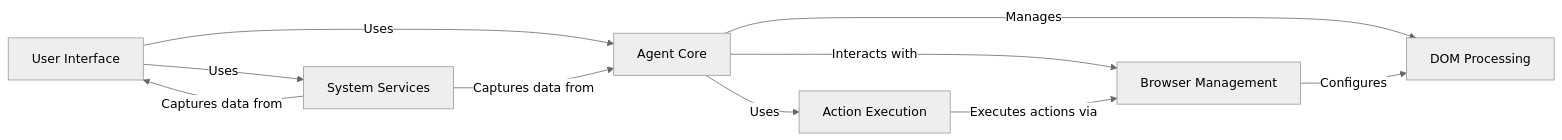
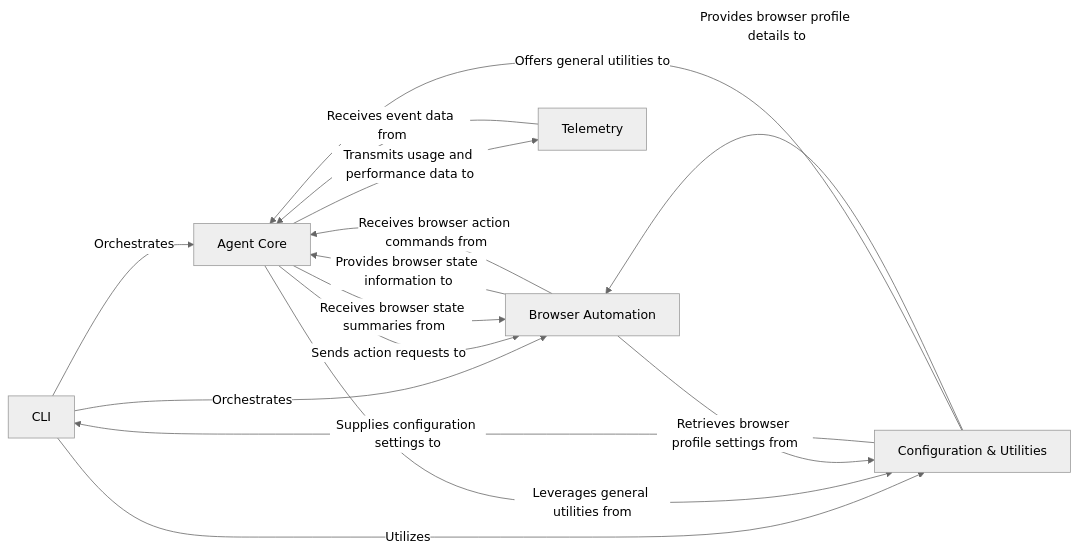
One commit to CodeBoarding/GeneratedOnBoardings changed the diagram in browser-use/on_boarding.md. Above: the diagram before and after it, drawn with Mermaid (neutral theme). The commit also changed other lines of this file and 10 other files, not shown here.

````diff
--- a/browser-use/on_boarding.md
+++ b/browser-use/on_boarding.md
@@ -1,24 +1,26 @@
 ```mermaid
 graph LR
-    User_Interface["User Interface"]
+    CLI["CLI"]
     Agent_Core["Agent Core"]
-    Browser_Management["Browser Management"]
-    DOM_Processing["DOM Processing"]
-    Action_Execution["Action Execution"]
-    System_Services["System Services"]
-    User_Interface -- "Uses" --> Agent_Core
-    User_Interface -- "Uses" --> System_Services
-    Agent_Core -- "Manages" --> DOM_Processing
-    Agent_Core -- "Interacts with" --> Browser_Management
-    Agent_Core -- "Uses" --> Action_Execution
-    Browser_Management -- "Configures" --> DOM_Processing
-    Action_Execution -- "Executes actions via" --> Browser_Management
-    System_Services -- "Captures data from" --> Agent_Core
-    System_Services -- "Captures data from" --> User_Interface
-    click User_Interface href "https://github.com/CodeBoarding/GeneratedOnBoardings/blob/main/browser-use/User Interface.md" "Details"
-    click Agent_Core href "https://github.com/CodeBoarding/GeneratedOnBoardings/blob/main/browser-use/Agent Core.md" "Details"
-    click Browser_Management href "https://github.com/CodeBoarding/GeneratedOnBoardings/blob/main/browser-use/Browser Management.md" "Details"
-    click DOM_Processing href "https://github.com/CodeBoarding/GeneratedOnBoardings/blob/main/browser-use/DOM Processing.md" "Details"
-    click Action_Execution href "https://github.com/CodeBoarding/GeneratedOnBoardings/blob/main/browser-use/Action Execution.md" "Details"
-    click System_Services href "https://github.com/CodeBoarding/GeneratedOnBoardings/blob/main/browser-use/System Services.md" "Details"
+    Browser_Automation["Browser Automation"]
+    Telemetry["Telemetry"]
+    Configuration_Utilities["Configuration & Utilities"]
+    CLI -- "Orchestrates" --> Agent_Core
+    CLI -- "Orchestrates" --> Browser_Automation
+    CLI -- "Utilizes" --> Configuration_Utilities
+    Agent_Core -- "Sends action requests to" --> Browser_Automation
+    Agent_Core -- "Receives browser state summaries from" --> Browser_Automation
+    Agent_Core -- "Transmits usage and performance data to" --> Telemetry
+    Agent_Core -- "Leverages general utilities from" --> Configuration_Utilities
+    Browser_Automation -- "Provides browser state information to" --> Agent_Core
+    Browser_Automation -- "Receives browser action commands from" --> Agent_Core
+    Browser_Automation -- "Retrieves browser profile settings from" --> Configuration_Utilities
+    Telemetry -- "Receives event data from" --> Agent_Core
+    Configuration_Utilities -- "Supplies configuration settings to" --> CLI
+    Configuration_Utilities -- "Offers general utilities to" --> Agent_Core
+    Configuration_Utilities -- "Provides browser profile details to" --> Browser_Automation
+    click CLI href "https://github.com/CodeBoarding/GeneratedOnBoardings/blob/main//browser-use/CLI.md" "Details"
+    click Agent_Core href "https://github.com/CodeBoarding/GeneratedOnBoardings/blob/main//browser-use/Agent_Core.md" "Details"
+    click Browser_Automation href "https://github.com/CodeBoarding/GeneratedOnBoardings/blob/main//browser-use/Browser_Automation.md" "Details"
+    click Configuration_Utilities href "https://github.com/CodeBoarding/GeneratedOnBoardings/blob/main//browser-use/Configuration_Utilities.md" "Details"
 ```
````
